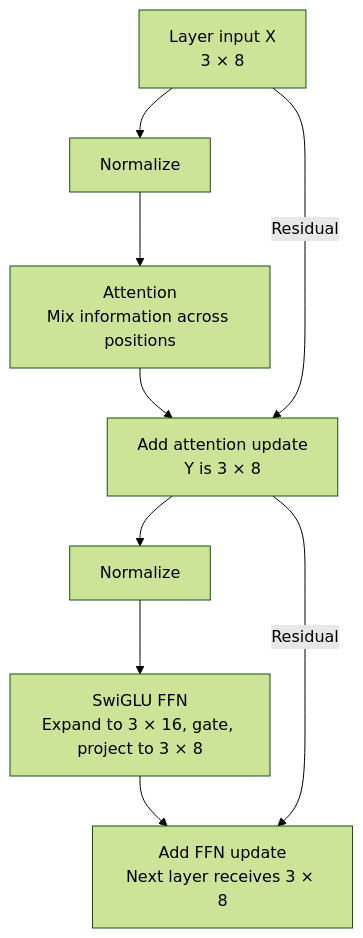
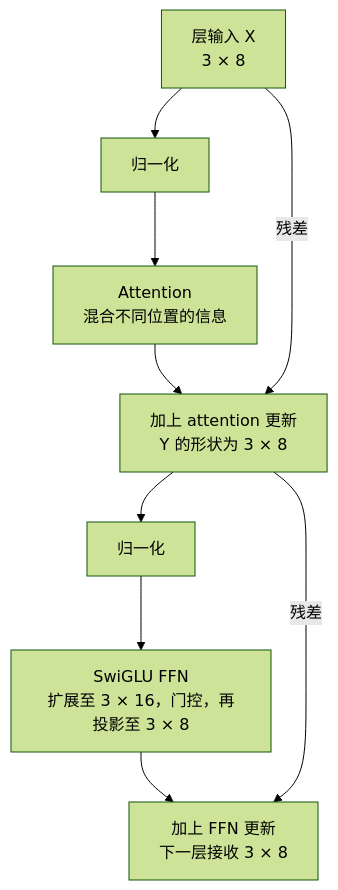
Before and after one commit to Negronii/MyNotes: the third of 7 diagrams in review/generated/ai-engineering.md, drawn with Mermaid (forest theme). The commit also changed other lines of this file and 7 other files, not shown here.

```diff
--- a/review/generated/ai-engineering.md
+++ b/review/generated/ai-engineering.md
@@ -325,9 +325,9 @@
 ~~~mermaid
 flowchart TD
-    X["Layer input X<br/>3 × 8"] --> N1["Normalize"] --> A["Attention<br/>Mix information across positions"]
-    A --> Y["Add attention update<br/>Y is 3 × 8"]
-    X -->|Residual| Y
-    Y --> N2["Normalize"] --> F["SwiGLU FFN<br/>Expand to 3 × 16, gate, project to 3 × 8"]
-    F --> Next["Add FFN update<br/>Next layer receives 3 × 8"]
-    Y -->|Residual| Next
+    X["层输入 X<br/>3 × 8"] --> N1["归一化"] --> A["Attention<br/>混合不同位置的信息"]
+    A --> Y["加上 attention 更新<br/>Y 的形状为 3 × 8"]
+    X -->|残差| Y
+    Y --> N2["归一化"] --> F["SwiGLU FFN<br/>扩展至 3 × 16，门控，再投影至 3 × 8"]
+    F --> Next["加上 FFN 更新<br/>下一层接收 3 × 8"]
+    Y -->|残差| Next
 ~~~
```
